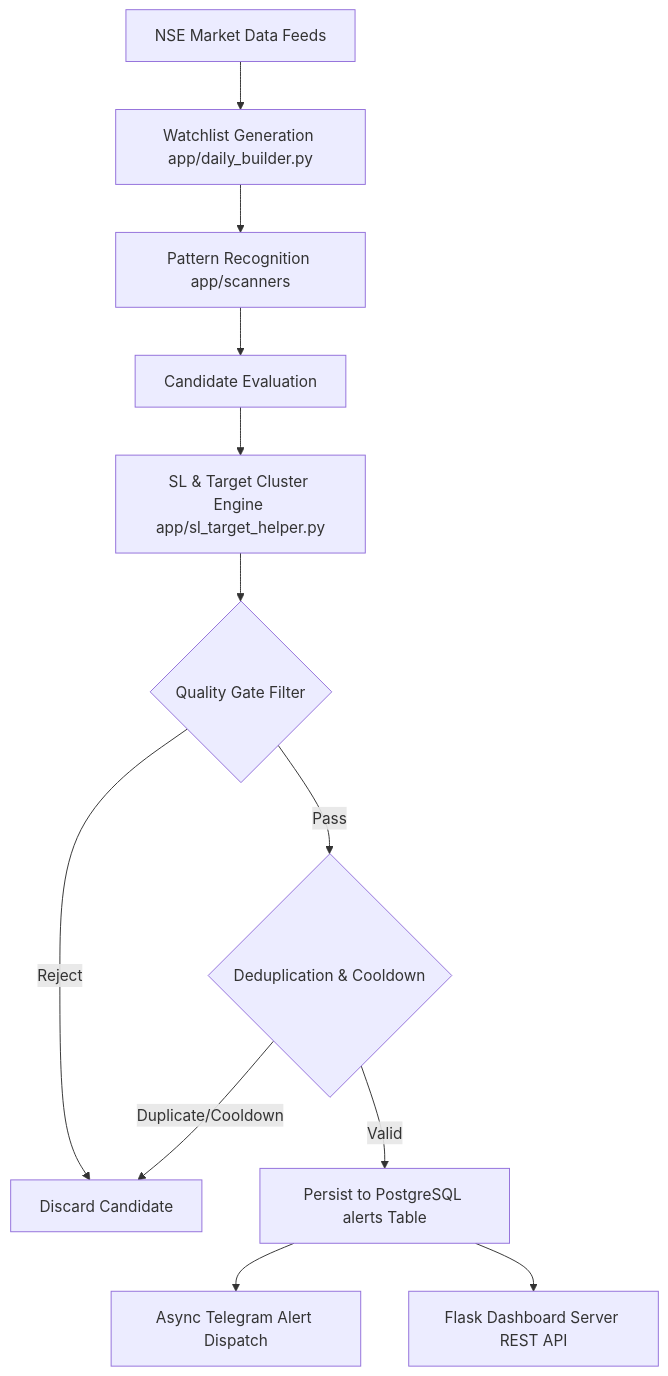
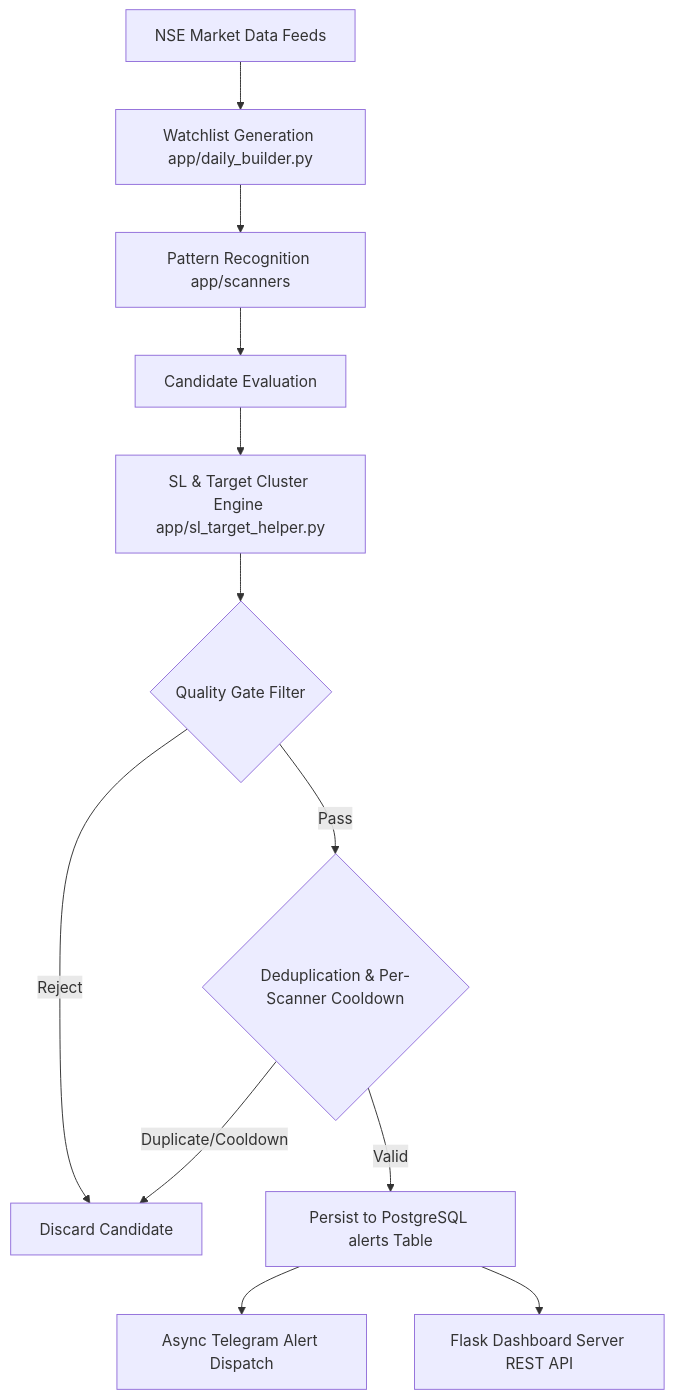
Before and after one commit to 11abhinav/ELITE_BREAKOUT_SYSTEM: the third of 4 diagrams in docs/SYSTEM_ARCHITECTURE.md, drawn with Mermaid. The commit also changed other lines of this file and 3 other files, not shown here.

````diff
--- a/docs/SYSTEM_ARCHITECTURE.md
+++ b/docs/SYSTEM_ARCHITECTURE.md
@@ -104,14 +104,14 @@
 ```mermaid
 flowchart TD
     A[NSE Market Data Feeds] --> B[Watchlist Generation app/daily_builder.py]
     B --> C[Pattern Recognition app/scanners]
     C --> D[Candidate Evaluation]
     D --> E[SL & Target Cluster Engine app/sl_target_helper.py]
     E --> F{Quality Gate Filter}
     F -->|Reject| G[Discard Candidate]
-    F -->|Pass| H{Deduplication & Cooldown}
+    F -->|Pass| H{Deduplication & Per-Scanner Cooldown}
     H -->|Duplicate/Cooldown| G
     H -->|Valid| I[Persist to PostgreSQL alerts Table]
     I --> J[Async Telegram Alert Dispatch]
     I --> K[Flask Dashboard Server REST API]
 ```
````
